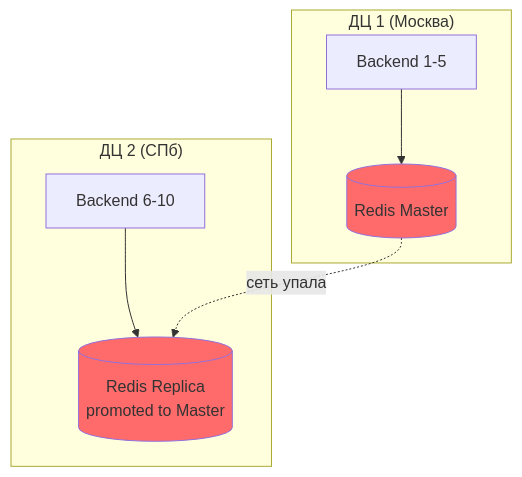
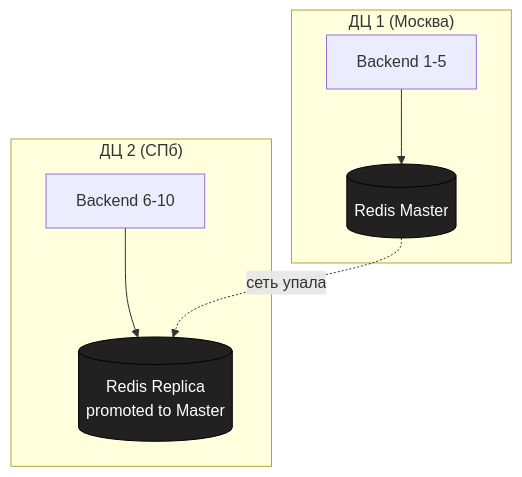
Before and after one commit to savinmikhail/advanced-system-design: diagram 18 of 19 in cache/readme.md, drawn with Mermaid. The commit also changed other lines of this file, not shown here.

Commit message:
вырвиглазный контраст схем, нечитаемый текст часто, редис можно квадратиками рисовать

````diff
--- a/cache/readme.md
+++ b/cache/readme.md
@@ -1545,20 +1557,20 @@
 ```mermaid
 graph TB
     subgraph "ДЦ 1 (Москва)"
         B1[Backend 1-5]
         R1[(Redis Master)]
     end
     
     subgraph "ДЦ 2 (СПб)"
         B2[Backend 6-10]
         R2[(Redis Replica<br/>promoted to Master)]
     end
     
     B1 --> R1
     B2 --> R2
     
     R1 -.->|сеть упала| R2
-    
-    style R1 fill:#ff6b6b
-    style R2 fill:#ff6b6b
+
+    classDef redisDark fill:#212121,stroke:#000000,color:#ffffff;
+    class R1,R2 redisDark;
 ```
````
